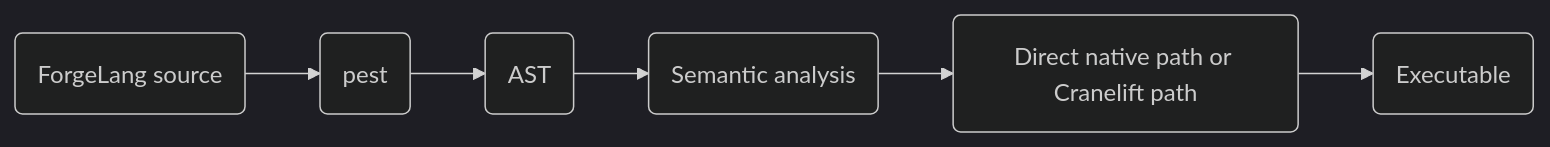
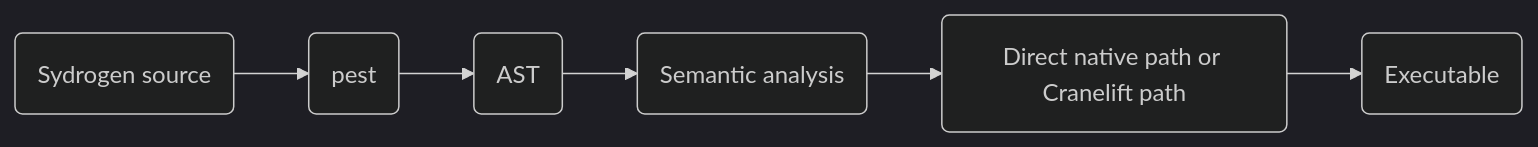
Before and after one commit to AeroForger/ForgeLang: the first of 3 diagrams in Docs/DocsAlpha.md, drawn with Mermaid (dark theme). The commit also changed other lines of this file and 52 other files, not shown here.

Commit message:
Renamed: ForgeLang to Sydrogen

````diff
--- a/Docs/DocsAlpha.md
+++ b/Docs/DocsAlpha.md
@@ -133,8 +133,8 @@
 ```mermaid
 flowchart LR
-    A(ForgeLang source) --> B(pest)
+    A(Sydrogen source) --> B(pest)
     B --> C(AST)
     C --> D(Semantic analysis)
     D --> E(Direct native path or Cranelift path)
     E --> F(Executable)
 ```
````
